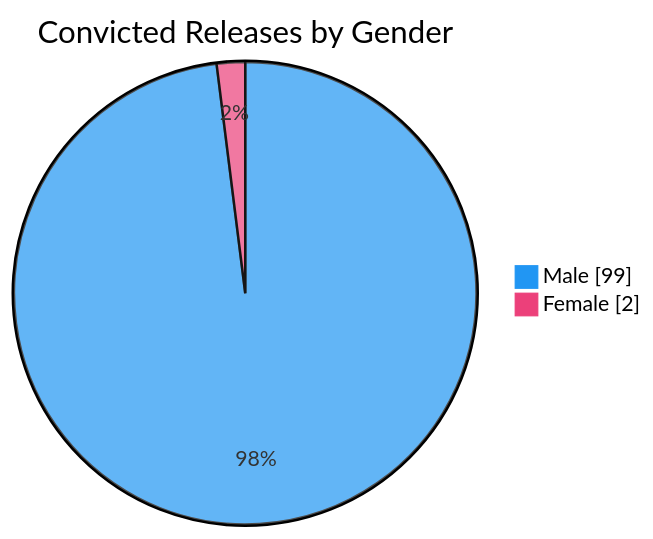
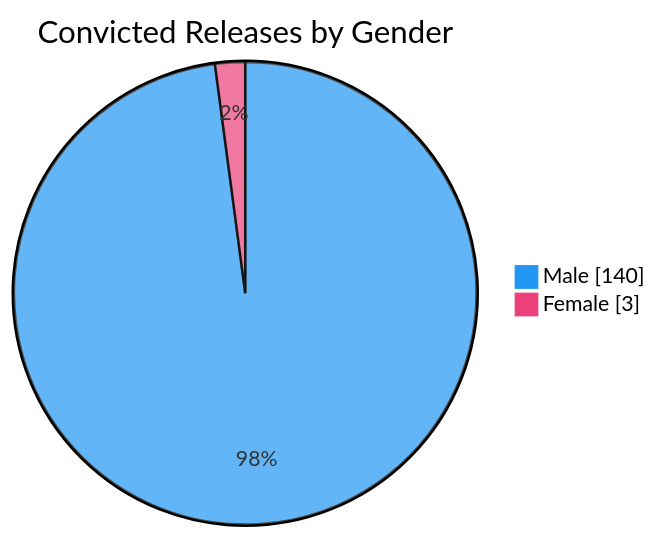
The sixth of 7 diagrams in README.md (nuuuwan/lk_prisons), drawn with Mermaid before and after one commit. The commit also changed other lines of this file and 1 other file, not shown here.

````diff
--- a/README.md
+++ b/README.md
@@ -98,6 +98,6 @@
 ```mermaid
 %%{init: {'themeVariables': {'pie1': '#2196F3', 'pie2': '#EC407A'}}}%%
 pie showData title Convicted Releases by Gender
-    "Male" : 99
-    "Female" : 2
+    "Male" : 140
+    "Female" : 3
 ```
````
